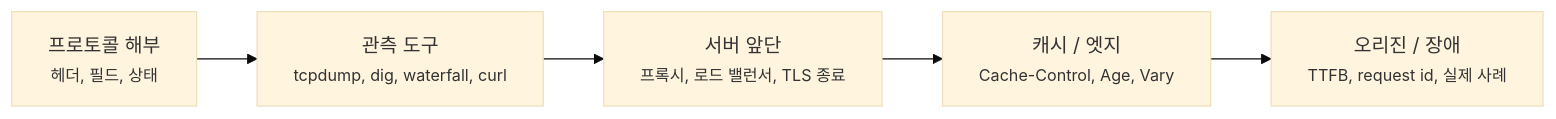
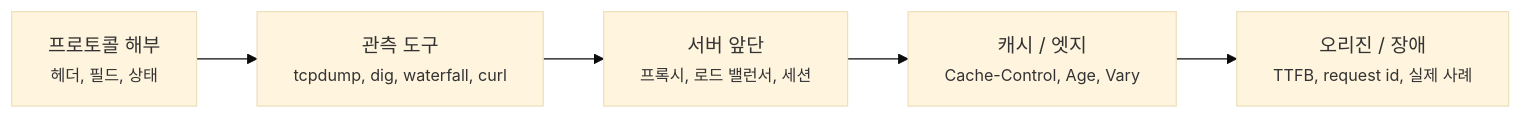
The second of 3 diagrams in docs/network/deep-dive/index.md (kmj8843/blog), drawn with Mermaid (base theme) before and after one commit. The commit also changed other lines of this file and 5 other files, not shown here.

````diff
--- a/docs/network/deep-dive/index.md
+++ b/docs/network/deep-dive/index.md
@@ -130,10 +135,10 @@
 ```mermaid
 flowchart LR
     A[프로토콜 해부<br/><small>헤더, 필드, 상태</small>]
     B[관측 도구<br/><small>tcpdump, dig, waterfall, curl</small>]
-    C[서버 앞단<br/><small>프록시, 로드 밸런서, TLS 종료</small>]
+    C[서버 앞단<br/><small>프록시, 로드 밸런서, 세션</small>]
     D[캐시 / 엣지<br/><small>Cache-Control, Age, Vary</small>]
     E[오리진 / 장애<br/><small>TTFB, request id, 실제 사례</small>]
 
     A --> B --> C --> D --> E
 ```
````
